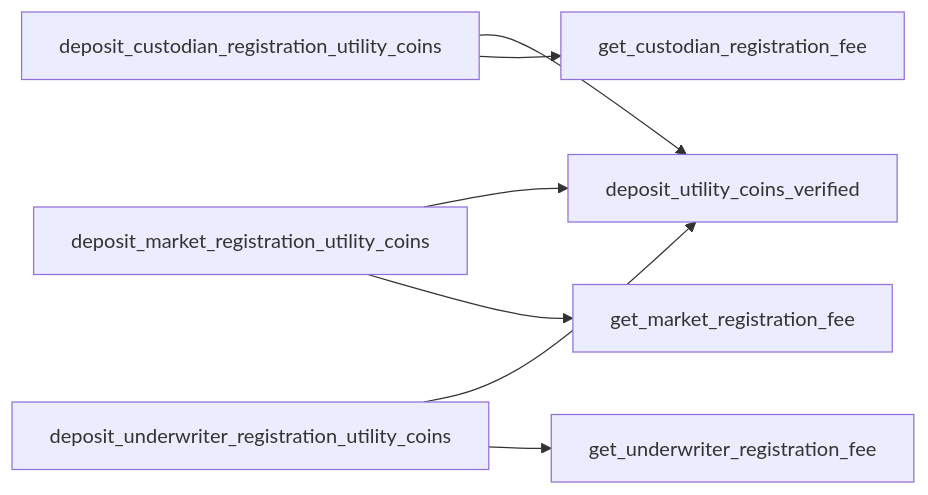
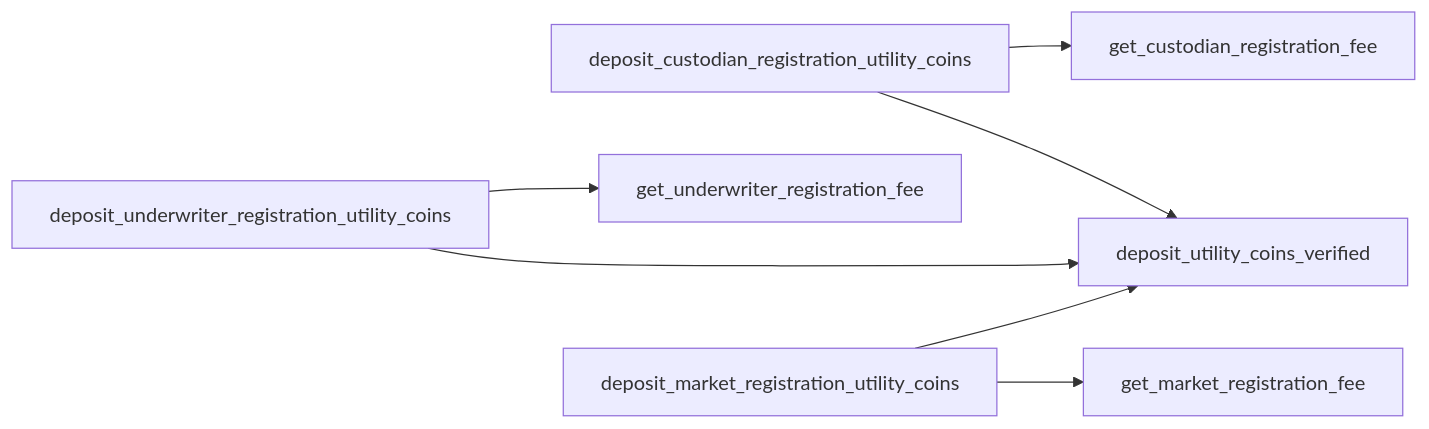
One commit to econia-labs/econia changed the third of 5 diagrams in src/move/econia/build/Econia/docs/incentives.md. Above: the diagram before and after it, drawn with Mermaid. The commit also changed other lines of this file and 2 other files, not shown here.

Commit message:
Add coinstore operations, update flow charts

````diff
--- a/src/move/econia/build/Econia/docs/incentives.md
+++ b/src/move/econia/build/Econia/docs/incentives.md
@@ -161,18 +177,18 @@
 ```mermaid
 
 flowchart LR
 
 deposit_custodian_registration_utility_coins -->
+get_custodian_registration_fee
+deposit_custodian_registration_utility_coins -->
 deposit_utility_coins_verified
-deposit_custodian_registration_utility_coins -->
-get_custodian_registration_fee
+deposit_underwriter_registration_utility_coins -->
+get_underwriter_registration_fee
+deposit_underwriter_registration_utility_coins --->
+deposit_utility_coins_verified
 deposit_market_registration_utility_coins -->
 deposit_utility_coins_verified
 deposit_market_registration_utility_coins -->
 get_market_registration_fee
-deposit_underwriter_registration_utility_coins -->
-deposit_utility_coins_verified
-deposit_underwriter_registration_utility_coins -->
-get_underwriter_registration_fee
 
 ```
````
